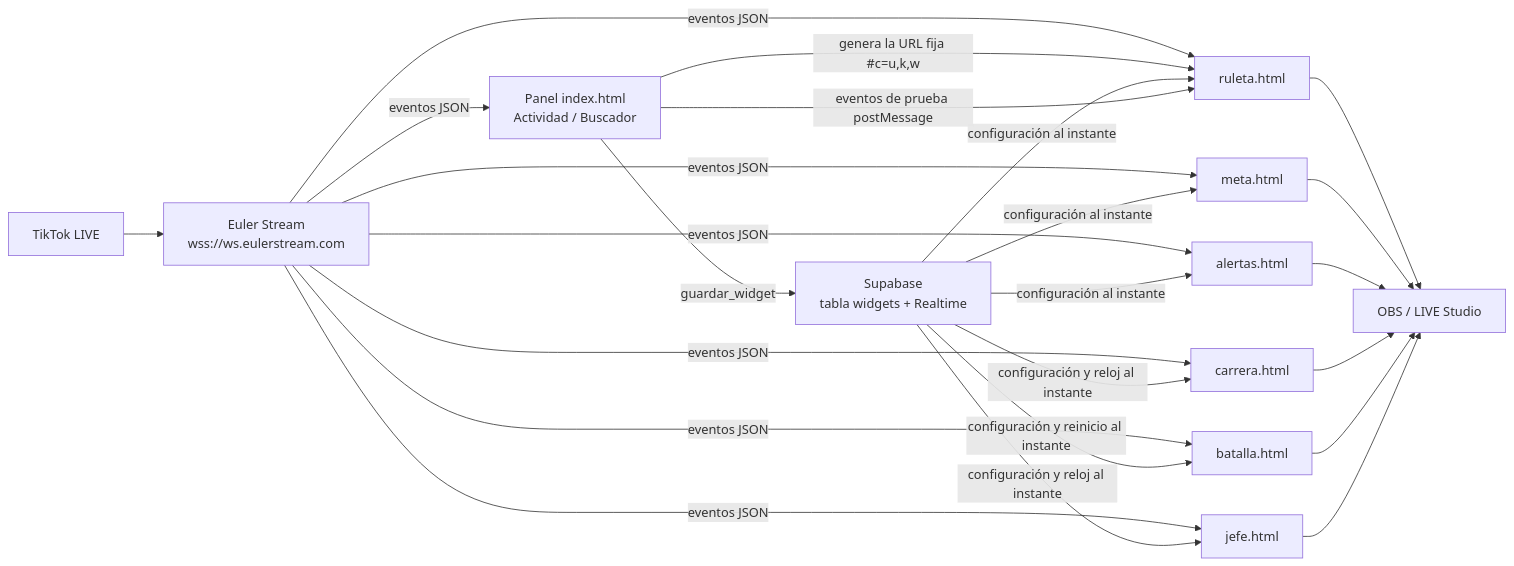
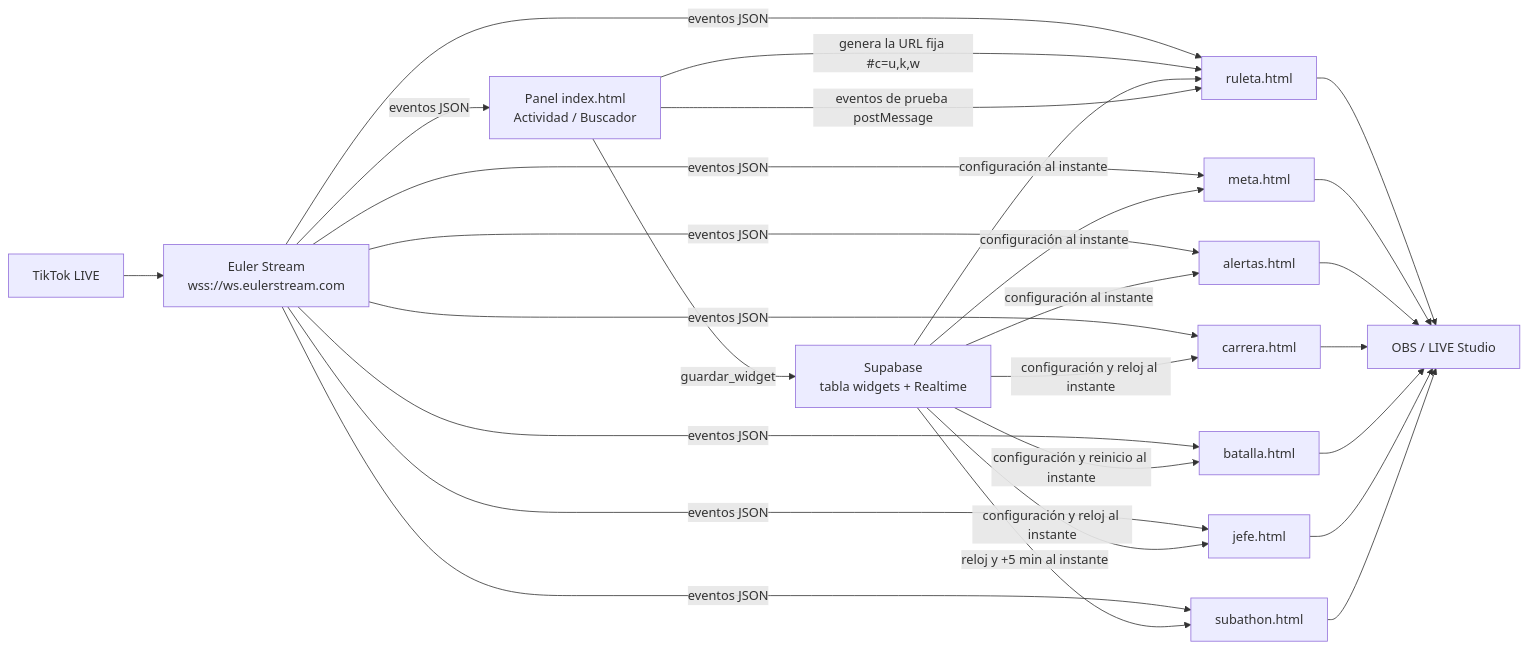
One commit to ardiladev/live-tools changed the first of 2 diagrams in README.md. Above: the diagram before and after it, drawn with Mermaid. The commit also changed other lines of this file and 6 other files, not shown here.

First line of the commit message:
Subathon: reloj al que el público le suma tiempo, con tope

````diff
--- a/README.md
+++ b/README.md
@@ -118,26 +119,29 @@
 ```mermaid
 flowchart LR
   TT[TikTok LIVE] --> EU[Euler Stream<br/>wss://ws.eulerstream.com]
   EU -->|eventos JSON| W1[ruleta.html]
   EU -->|eventos JSON| W2[meta.html]
   EU -->|eventos JSON| W3[alertas.html]
   EU -->|eventos JSON| W4[carrera.html]
   EU -->|eventos JSON| W5[batalla.html]
   EU -->|eventos JSON| W6[jefe.html]
+  EU -->|eventos JSON| W7[subathon.html]
   EU -->|eventos JSON| P[Panel index.html<br/>Actividad / Buscador]
   P -->|genera la URL fija #c=u,k,w| W1
   P -->|guardar_widget| SB[Supabase<br/>tabla widgets + Realtime]
   SB -->|configuración al instante| W1
   SB -->|configuración al instante| W2
   SB -->|configuración al instante| W3
   SB -->|configuración y reloj al instante| W4
   SB -->|configuración y reinicio al instante| W5
   SB -->|configuración y reloj al instante| W6
+  SB -->|reloj y +5 min al instante| W7
   P -->|eventos de prueba postMessage| W1
   W1 --> OBS[OBS / LIVE Studio]
   W2 --> OBS
   W3 --> OBS
   W4 --> OBS
   W5 --> OBS
   W6 --> OBS
+  W7 --> OBS
 ```
````
